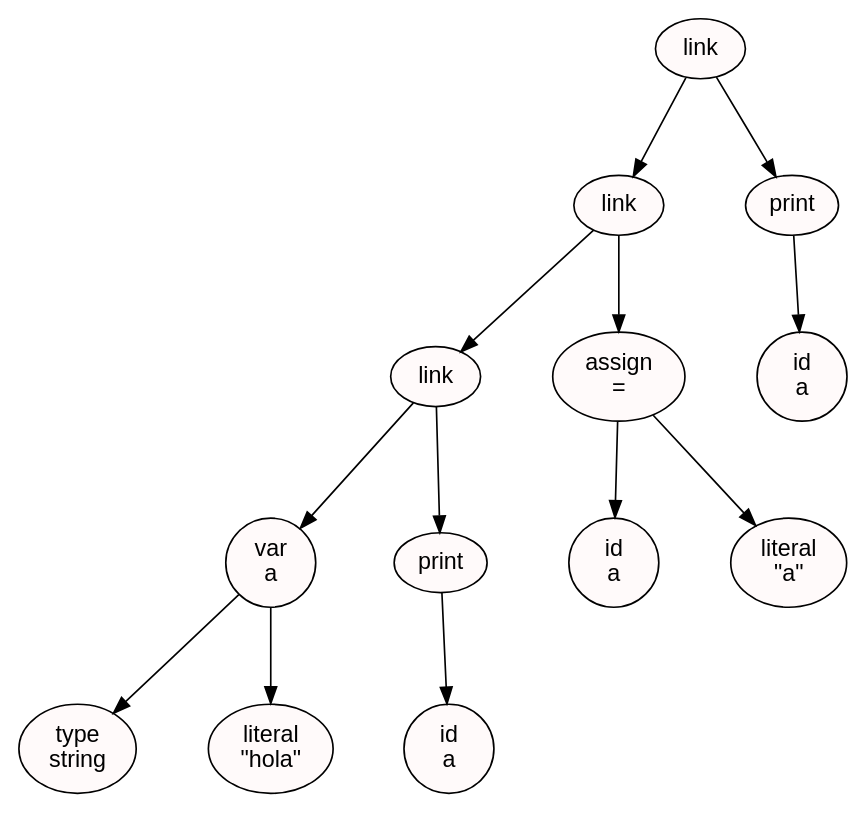
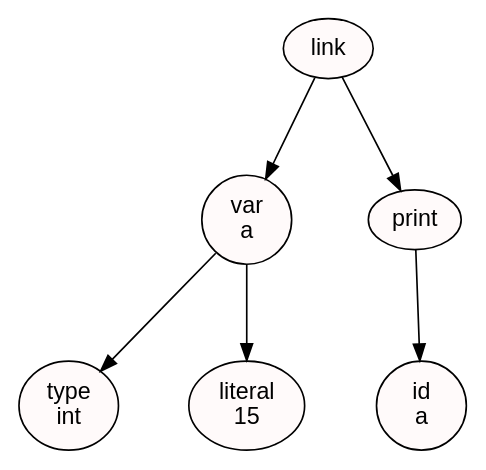
The diagram in ast.dot (Jeremy142OO4/OLC2_2S20205_202300644_P2), drawn with Graphviz before and after one commit. The commit also changed 31 other files, not shown here.

```diff
--- a/ast.dot
+++ b/ast.dot
@@ -1,32 +1,18 @@
 digraph AST {
   rankdir=TB;
   nodesep=0.6;
   ranksep=0.8;
   node [shape=ellipse, style=filled, fillcolor=snow, fontcolor=black, color=black, fontname="Arial"];
   edge [color=black];
   node0 [label="link", shape=ellipse, style=filled, fillcolor=snow, color=black, fontcolor=black, fontname="Arial"];
-  node1 [label="link", shape=ellipse, style=filled, fillcolor=snow, color=black, fontcolor=black, fontname="Arial"];
-  node2 [label="link", shape=ellipse, style=filled, fillcolor=snow, color=black, fontcolor=black, fontname="Arial"];
-  node3 [label="var\na", shape=ellipse, style=filled, fillcolor=snow, color=black, fontcolor=black, fontname="Arial"];
-  node4 [label="type\nstring", shape=ellipse, style=filled, fillcolor=snow, color=black, fontcolor=black, fontname="Arial"];
-  node3 -> node4;
-  node5 [label="literal\n\"hola\"", shape=ellipse, style=filled, fillcolor=snow, color=black, fontcolor=black, fontname="Arial"];
-  node3 -> node5;
-  node2 -> node3;
-  node6 [label="print", shape=ellipse, style=filled, fillcolor=snow, color=black, fontcolor=black, fontname="Arial"];
-  node7 [label="id\na", shape=ellipse, style=filled, fillcolor=snow, color=black, fontcolor=black, fontname="Arial"];
-  node6 -> node7;
-  node2 -> node6;
+  node1 [label="var\na", shape=ellipse, style=filled, fillcolor=snow, color=black, fontcolor=black, fontname="Arial"];
+  node2 [label="type\nint", shape=ellipse, style=filled, fillcolor=snow, color=black, fontcolor=black, fontname="Arial"];
   node1 -> node2;
-  node8 [label="assign\n=", shape=ellipse, style=filled, fillcolor=snow, color=black, fontcolor=black, fontname="Arial"];
-  node9 [label="id\na", shape=ellipse, style=filled, fillcolor=snow, color=black, fontcolor=black, fontname="Arial"];
-  node8 -> node9;
-  node10 [label="literal\n\"a\"", shape=ellipse, style=filled, fillcolor=snow, color=black, fontcolor=black, fontname="Arial"];
-  node8 -> node10;
-  node1 -> node8;
+  node3 [label="literal\n15", shape=ellipse, style=filled, fillcolor=snow, color=black, fontcolor=black, fontname="Arial"];
+  node1 -> node3;
   node0 -> node1;
-  node11 [label="print", shape=ellipse, style=filled, fillcolor=snow, color=black, fontcolor=black, fontname="Arial"];
-  node12 [label="id\na", shape=ellipse, style=filled, fillcolor=snow, color=black, fontcolor=black, fontname="Arial"];
-  node11 -> node12;
-  node0 -> node11;
+  node4 [label="print", shape=ellipse, style=filled, fillcolor=snow, color=black, fontcolor=black, fontname="Arial"];
+  node5 [label="id\na", shape=ellipse, style=filled, fillcolor=snow, color=black, fontcolor=black, fontname="Arial"];
+  node4 -> node5;
+  node0 -> node4;
 }
```
